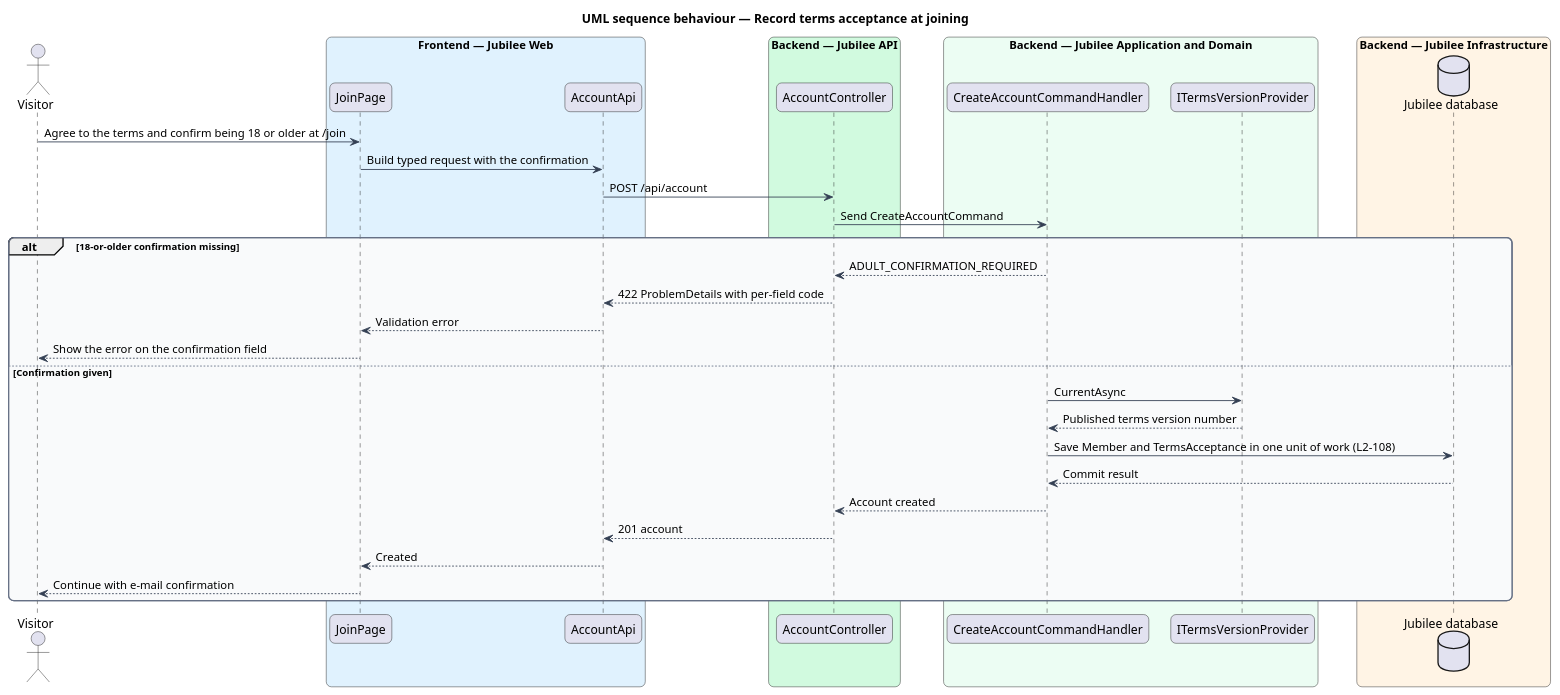
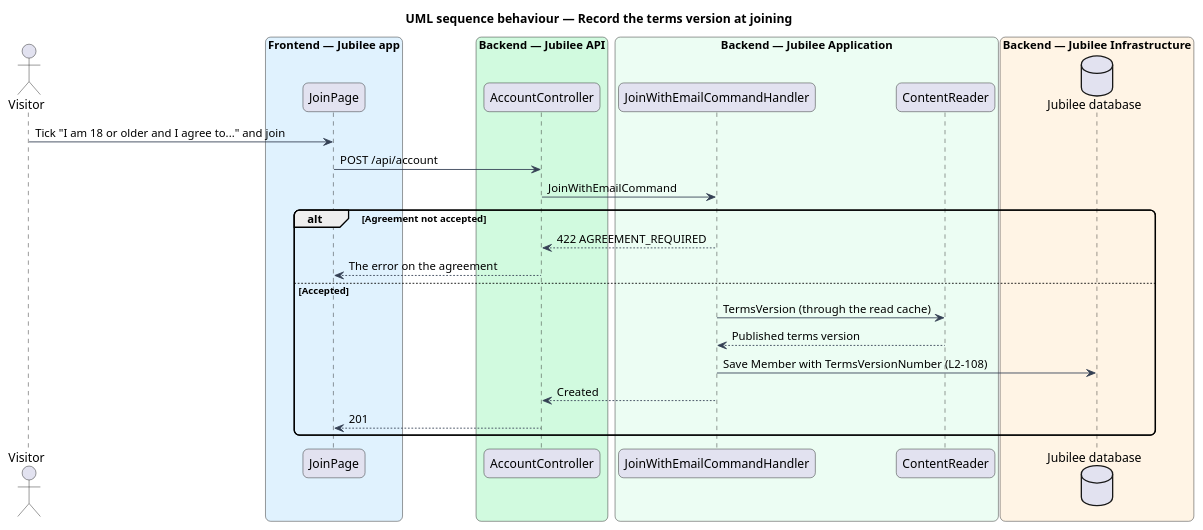
The diagram in docs/detailed-designs/trust-content/publish-policy-pages/diagrams/sequence-record-terms-acceptance.puml (QuinntyneBrown/jubilee), drawn with PlantUML before and after one commit. The commit also changed 18 other files, not shown here.

```diff
--- a/docs/detailed-designs/trust-content/publish-policy-pages/diagrams/sequence-record-terms-acceptance.puml
+++ b/docs/detailed-designs/trust-content/publish-policy-pages/diagrams/sequence-record-terms-acceptance.puml
@@ -1,51 +1,35 @@
 @startuml
-title UML sequence behaviour — Record terms acceptance at joining
+title UML sequence behaviour — Record the terms version at joining
 skinparam backgroundColor #FFFFFF
 skinparam shadowing false
 skinparam roundcorner 12
 skinparam defaultFontName Arial
 skinparam ArrowColor #344054
-skinparam rectangle {
-  BorderColor #344054
-  FontColor #101828
-}
-skinparam package {
-  BorderColor #667085
-  FontColor #101828
-  BackgroundColor #F9FAFB
-}
 actor "Visitor" as actor
-box "Frontend — Jubilee Web" #E0F2FE
+box "Frontend — Jubilee app" #E0F2FE
   participant "JoinPage" as page
-  participant "AccountApi" as client
 end box
 box "Backend — Jubilee API" #D1FADF
   participant "AccountController" as controller
 end box
-box "Backend — Jubilee Application and Domain" #ECFDF3
-  participant "CreateAccountCommandHandler" as handler
-  participant "ITermsVersionProvider" as terms
+box "Backend — Jubilee Application" #ECFDF3
+  participant "JoinWithEmailCommandHandler" as handler
+  participant "ContentReader" as terms
 end box
 box "Backend — Jubilee Infrastructure" #FFF4E5
   database "Jubilee database" as db
 end box
-actor -> page : Agree to the terms and confirm being 18 or older at /join
-page -> client : Build typed request with the confirmation
-client -> controller : POST /api/account
-controller -> handler : Send CreateAccountCommand
-alt 18-or-older confirmation missing
-  handler --> controller : ADULT_CONFIRMATION_REQUIRED
-  controller --> client : 422 ProblemDetails with per-field code
-  client --> page : Validation error
-  page --> actor : Show the error on the confirmation field
-else Confirmation given
-  handler -> terms : CurrentAsync
-  terms --> handler : Published terms version number
-  handler -> db : Save Member and TermsAcceptance in one unit of work (L2-108)
-  db --> handler : Commit result
-  handler --> controller : Account created
-  controller --> client : 201 account
-  client --> page : Created
-  page --> actor : Continue with e-mail confirmation
+actor -> page : Tick "I am 18 or older and I agree to..." and join
+page -> controller : POST /api/account
+controller -> handler : JoinWithEmailCommand
+alt Agreement not accepted
+  handler --> controller : 422 AGREEMENT_REQUIRED
+  controller --> page : The error on the agreement
+else Accepted
+  handler -> terms : TermsVersion (through the read cache)
+  terms --> handler : Published terms version
+  handler -> db : Save Member with TermsVersionNumber (L2-108)
+  handler --> controller : Created
+  controller --> page : 201
 end
 @enduml
```
